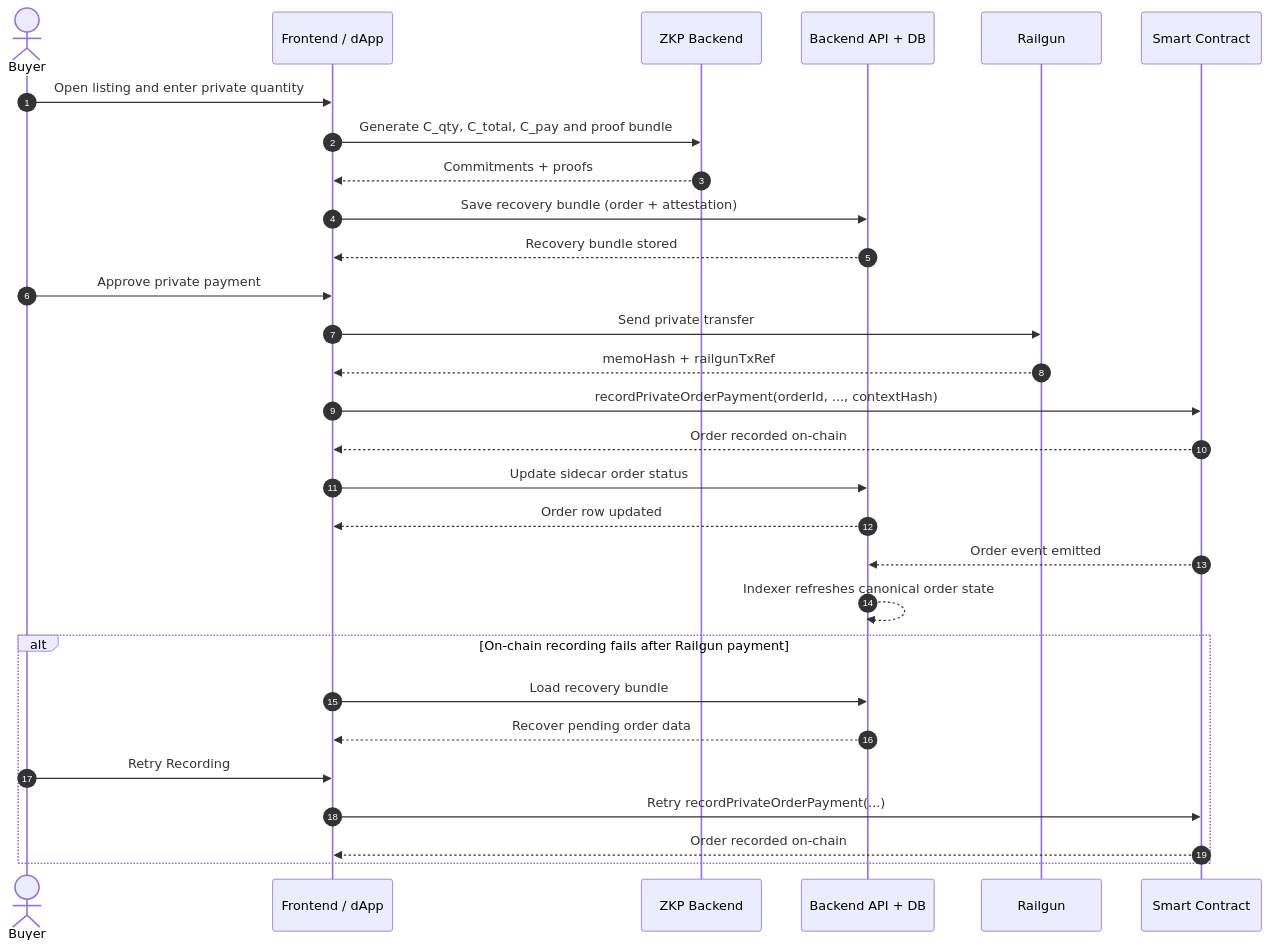
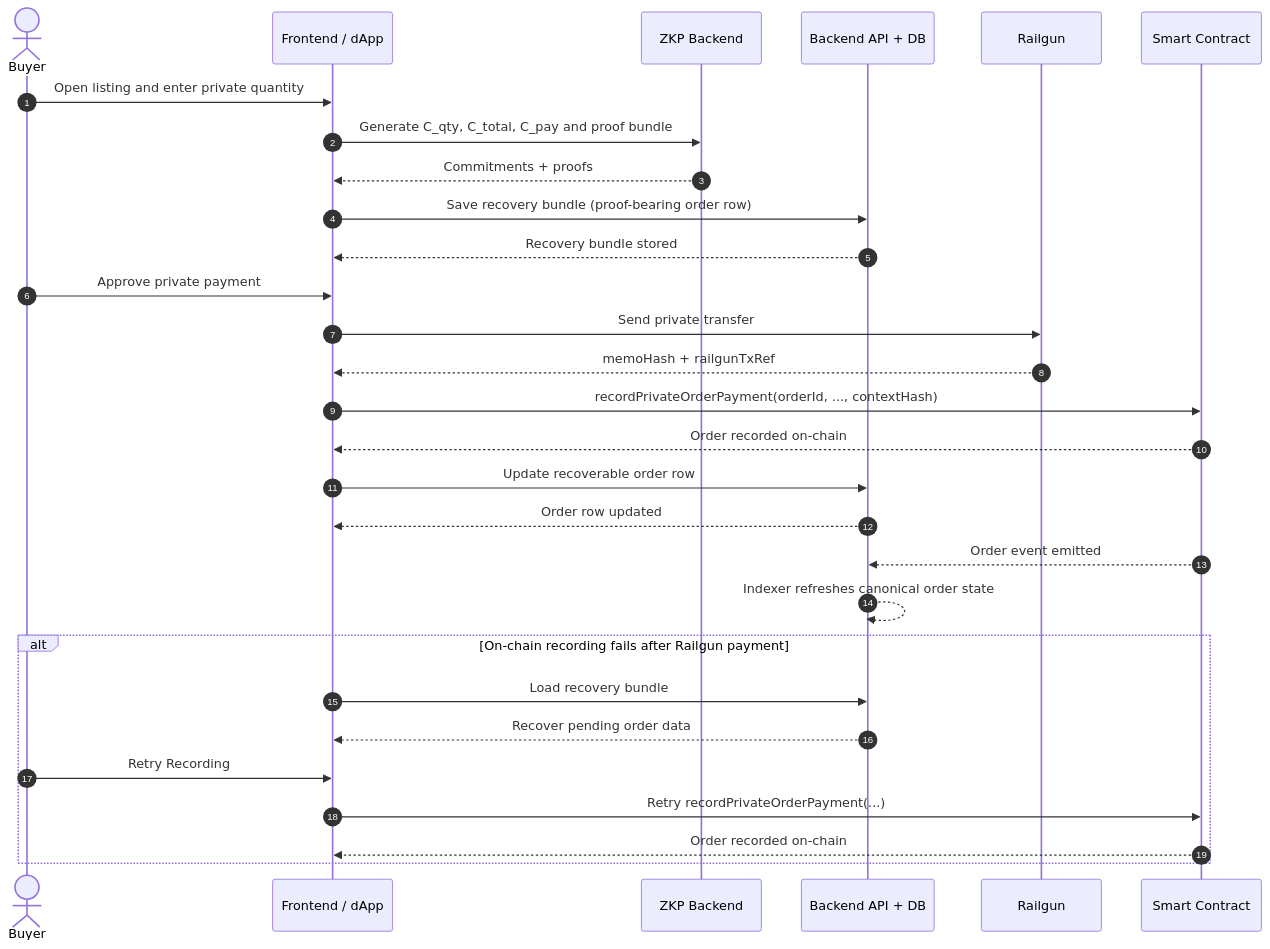
One commit to Elmenn/ev-battery-supplychain changed the diagram in docs/current/02-railgun-integration.md. Above: the diagram before and after it, drawn with Mermaid. The commit also changed other lines of this file and 22 other files, not shown here.

````diff
--- a/docs/current/02-railgun-integration.md
+++ b/docs/current/02-railgun-integration.md
@@ -6,35 +6,35 @@
 ```mermaid
 sequenceDiagram
     autonumber
     actor Buyer
     participant UI as Frontend / dApp
     participant ZKP as ZKP Backend
     participant API as Backend API + DB
     participant Railgun
     participant SC as Smart Contract
 
     Buyer->>UI: Open listing and enter private quantity
     UI->>ZKP: Generate C_qty, C_total, C_pay and proof bundle
     ZKP-->>UI: Commitments + proofs
-    UI->>API: Save recovery bundle (order + attestation)
+    UI->>API: Save recovery bundle (proof-bearing order row)
     API-->>UI: Recovery bundle stored
 
     Buyer->>UI: Approve private payment
     UI->>Railgun: Send private transfer
     Railgun-->>UI: memoHash + railgunTxRef
     UI->>SC: recordPrivateOrderPayment(orderId, ..., contextHash)
     SC-->>UI: Order recorded on-chain
 
-    UI->>API: Update sidecar order status
+    UI->>API: Update recoverable order row
     API-->>UI: Order row updated
     SC-->>API: Order event emitted
     API-->>API: Indexer refreshes canonical order state
 
     alt On-chain recording fails after Railgun payment
         UI->>API: Load recovery bundle
         API-->>UI: Recover pending order data
         Buyer->>UI: Retry Recording
         UI->>SC: Retry recordPrivateOrderPayment(...)
         SC-->>UI: Order recorded on-chain
     end
 ```
````
